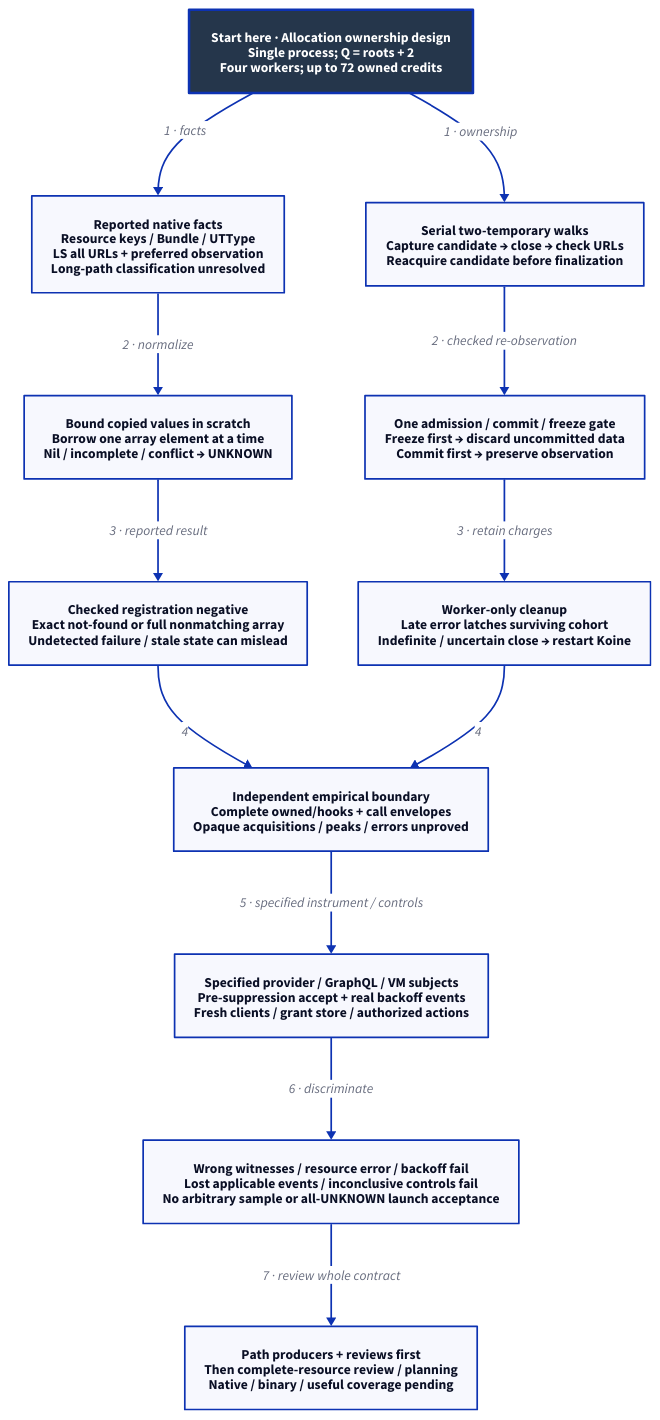
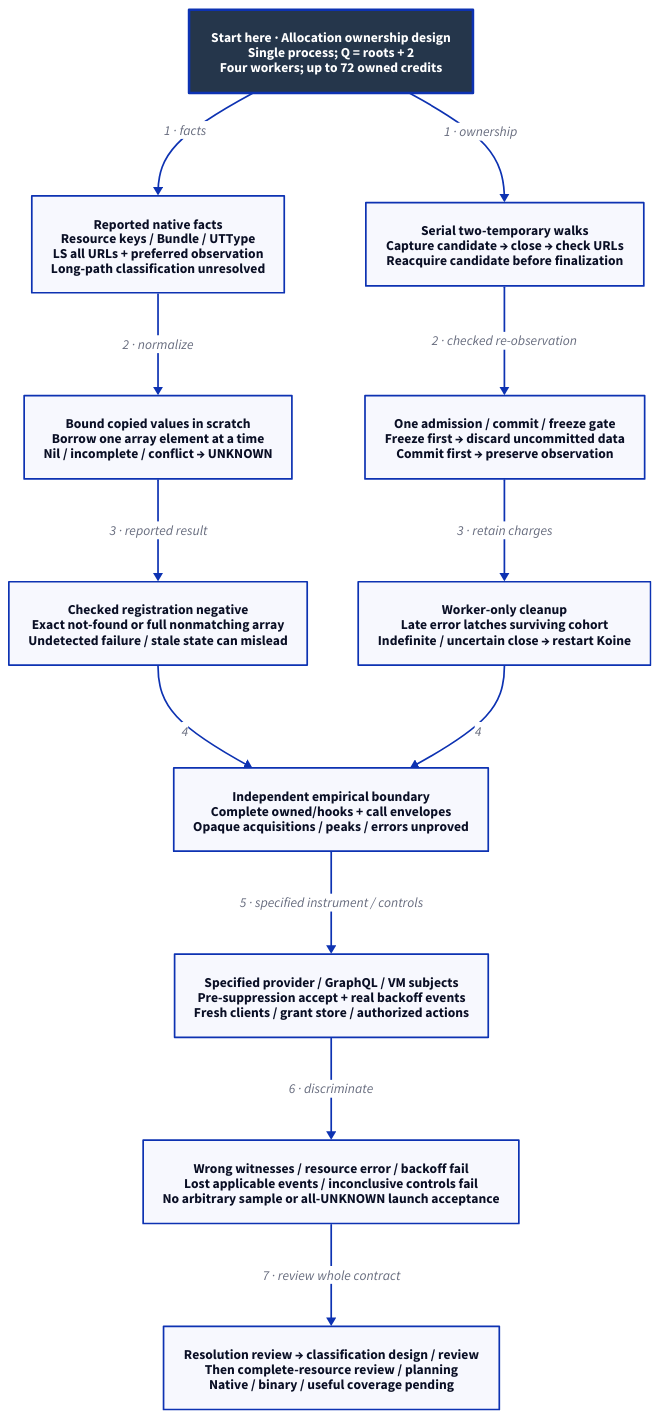
The diagram in docs/design/architecture/search-resources.d2 (Linkuistics/Koine), drawn with D2 before and after one commit. The commit also changed 30 other files, not shown here.

Commit message:
search-path-resolution-k122: specify bounded resolution and observed spelling

```diff
--- a/docs/design/architecture/search-resources.d2
+++ b/docs/design/architecture/search-resources.d2
@@ -1,27 +1,27 @@
 # Allocation ownership/subject construction design; path integration pending; review, execution and native acceptance pending.
 direction: down
 classes: {
   start: {style: {fill: "#25364B"; font-color: "#FFFFFF"; bold: true; stroke-width: 3}}
 }
 Start: "Start here · Allocation ownership design\nSingle process; Q = roots + 2\nFour workers; up to 72 owned credits" {class: start}
 Facts: "Reported native facts\nResource keys / Bundle / UTType\nLS all URLs + preferred observation\nLong-path classification unresolved"
 Values: "Bound copied values in scratch\nBorrow one array element at a time\nNil / incomplete / conflict → UNKNOWN"
 Meaning: "Checked registration negative\nExact not-found or full nonmatching array\nUndetected failure / stale state can mislead"
 Ownership: "Serial two-temporary walks\nCapture candidate → close → check URLs\nReacquire candidate before finalization"
 Gate: "One admission / commit / freeze gate\nFreeze first → discard uncommitted data\nCommit first → preserve observation"
 Recovery: "Worker-only cleanup\nLate error latches surviving cohort\nIndefinite / uncertain close → restart Koine"
 Evidence: "Independent empirical boundary\nComplete owned/hooks + call envelopes\nOpaque acquisitions / peaks / errors unproved"
 Subjects: "Specified provider / GraphQL / VM subjects\nPre-suppression accept + real backoff events\nFresh clients / grant store / authorized actions"
 Failures: "Wrong witnesses / resource error / backoff fail\nLost applicable events / inconclusive controls fail\nNo arbitrary sample or all-UNKNOWN launch acceptance"
-Review: "Path producers + reviews first\nThen complete-resource review / planning\nNative / binary / useful coverage pending"
+Review: "Resolution review → classification design / review\nThen complete-resource review / planning\nNative / binary / useful coverage pending"
 Start -> Facts: "1 · facts"
 Start -> Ownership: "1 · ownership"
 Facts -> Values: "2 · normalize"
 Values -> Meaning: "3 · reported result"
 Ownership -> Gate: "2 · checked re-observation"
 Gate -> Recovery: "3 · retain charges"
 Meaning -> Evidence: "4"
 Recovery -> Evidence: "4"
 Evidence -> Subjects: "5 · specified instrument / controls"
 Subjects -> Failures: "6 · discriminate"
 Failures -> Review: "7 · review whole contract"
```
